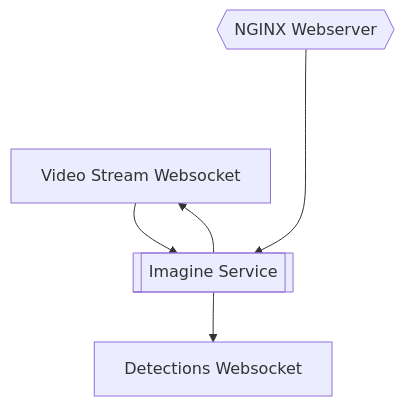
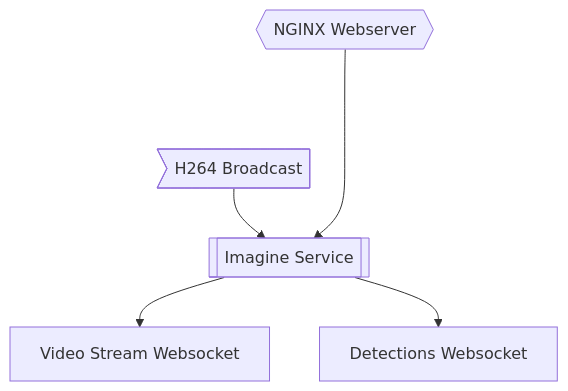
Before and after one commit to stakach/imagine-monitor: the diagram in README.md, drawn with Mermaid.

Commit message:
fix: broadcast

````diff
--- a/README.md
+++ b/README.md
@@ -5,7 +5,7 @@
 ```mermaid
 flowchart TD
-    V>H264 Broadcast] --> I[[Imagine Service]]
+    B>H264 Broadcast] --> I[[Imagine Service]]
     I --> V[Video Stream Websocket]
     I --> D[Detections Websocket]
     N{{NGINX Webserver}} ----> I
 ```
````
